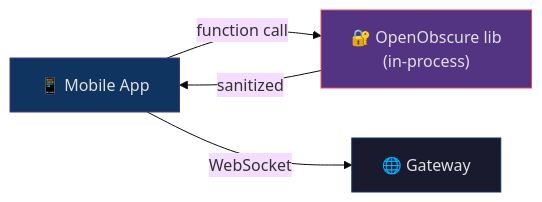
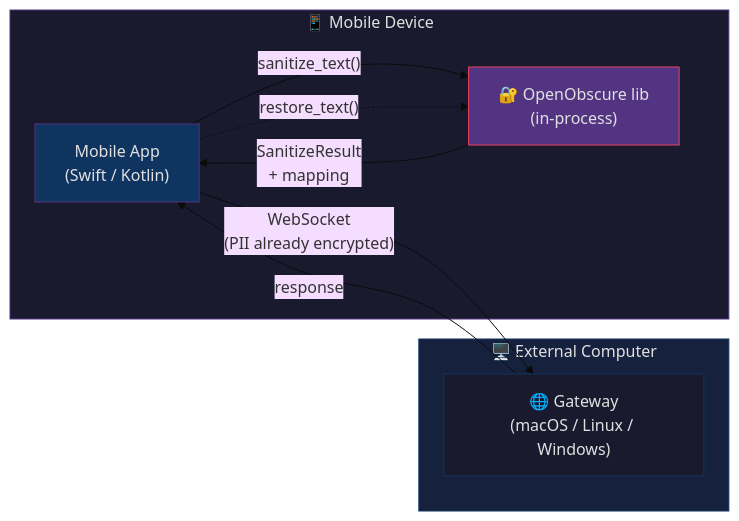
Before and after one commit to OpenObscure/OpenObscure: the second of 5 diagrams in README.md, drawn with Mermaid (base theme). The commit also changed other lines of this file and 1 other file, not shown here.

Commit message:
Fix 20 Mermaid diagrams: clarity, accuracy, consistency
- README Embedded: add device boundary subgraphs showing OpenObscure
  lives on mobile device, Gateway on external computer
- README Gateway: descriptive arrow labels (PII encrypted/decrypted)
- README Architecture: move L2 inside L0 subgraph (same process)
- ARCH Three-Layer: add internal flow arrows, request/response paths,
  connect L2 via dotted transcript arrow
- ARCH Defense-in-Depth: annotate what each node does
- ARCH Outbound: merge FPE into L0 (not a separate process)
- ARCH Crash Path: separate crash vs recovery with subgraphs
- ARCH Auth: remove <br/> from participant names
- ARCH Health: simplify overloaded response node
- Standardize: emojis in README (user-facing), none in ARCHITECTURE

````diff
--- a/README.md
+++ b/README.md
@@ -43,10 +43,23 @@
 ```mermaid
 flowchart LR
-    app["📱 Mobile App"] -- "function call" --> lib["🔐 OpenObscure lib\n(in-process)"]
-    lib -- "sanitized" --> app
-    app -- "WebSocket" --> gw["🌐 Gateway"]
+    subgraph phone ["📱 Mobile Device"]
+        app["Mobile App\n(Swift / Kotlin)"]
+        lib["🔐 OpenObscure lib\n(in-process)"]
+        app -- "sanitize_text()" --> lib
+        lib -- "SanitizeResult\n+ mapping" --> app
+    end
 
+    subgraph remote ["🖥️ External Computer"]
+        gw["🌐 Gateway\n(macOS / Linux / Windows)"]
+    end
+
+    app -- "WebSocket\n(PII already encrypted)" --> gw
+    gw -- "response" --> app
+    app -. "restore_text()" .-> lib
+
+    style phone fill:#1a1a2e,stroke:#533483,color:#e0e0e0
     style app fill:#0f3460,stroke:#533483,color:#e0e0e0
     style lib fill:#533483,stroke:#e94560,color:#e0e0e0
+    style remote fill:#16213e,stroke:#0f3460,color:#e0e0e0
     style gw fill:#1a1a2e,stroke:#0f3460,color:#e0e0e0
 ```
````
